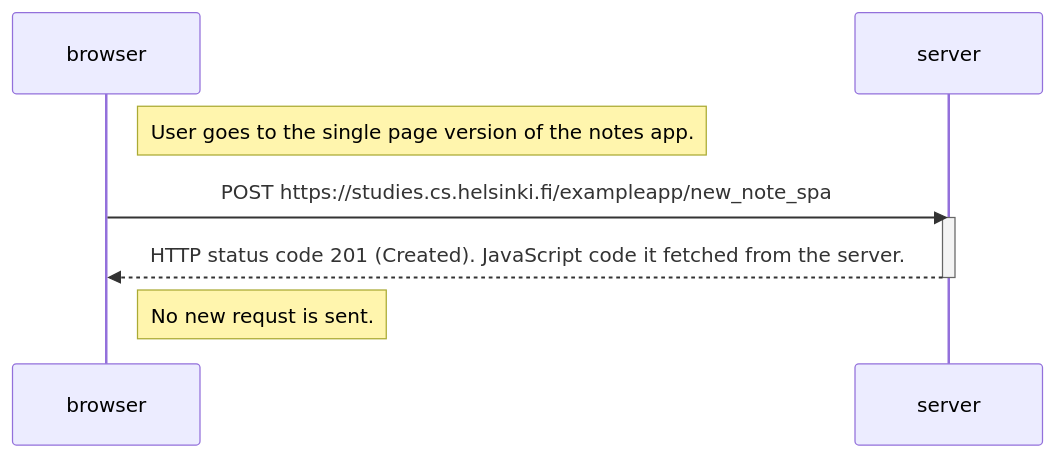
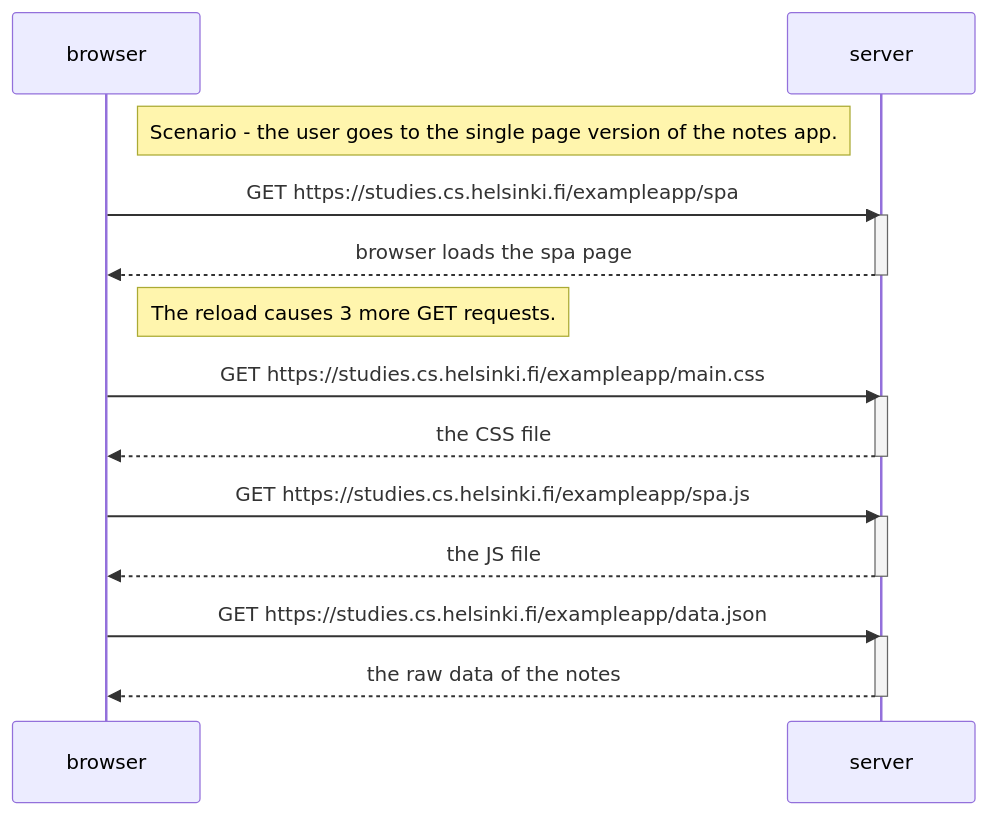
The diagram in part0/Sequence_d0.5_spa.md (EmCarlss/UHelsinki_full_stack_open), drawn with Mermaid before and after one commit.

````diff
--- a/part0/Sequence_d0.5_spa.md
+++ b/part0/Sequence_d0.5_spa.md
@@ -2,12 +2,29 @@
 ```mermaid
 sequenceDiagram
     participant browser
     participant server
 
-    Note right of browser: User goes to the single page version of the notes app.
-    browser->>server: POST https://studies.cs.helsinki.fi/exampleapp/new_note_spa
+    Note right of browser: Scenario - the user goes to the single page version of the notes app.
+
+    browser->>server: GET https://studies.cs.helsinki.fi/exampleapp/spa
     activate server
-    server-->>browser: HTTP status code 201 (Created). JavaScript code it fetched from the server.
+    server-->>browser: browser loads the spa page 
     deactivate server
-    Note right of browser: No new requst is sent.
+
+    Note right of browser: The reload causes 3 more GET requests.
+    
+    browser->>server: GET https://studies.cs.helsinki.fi/exampleapp/main.css
+    activate server
+    server-->>browser: the CSS file
+    deactivate server
+
+    browser->>server: GET https://studies.cs.helsinki.fi/exampleapp/spa.js
+    activate server
+    server-->>browser: the JS file
+    deactivate server
+
+    browser->>server: GET https://studies.cs.helsinki.fi/exampleapp/data.json
+    activate server
+    server-->>browser: the raw data of the notes
+    deactivate server
 ```
````
